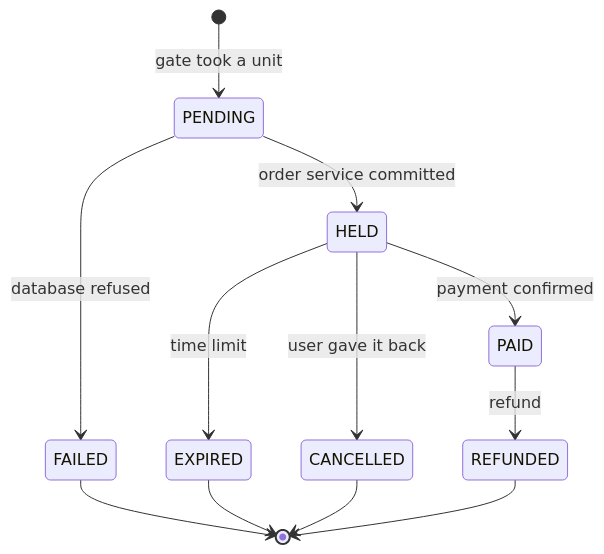
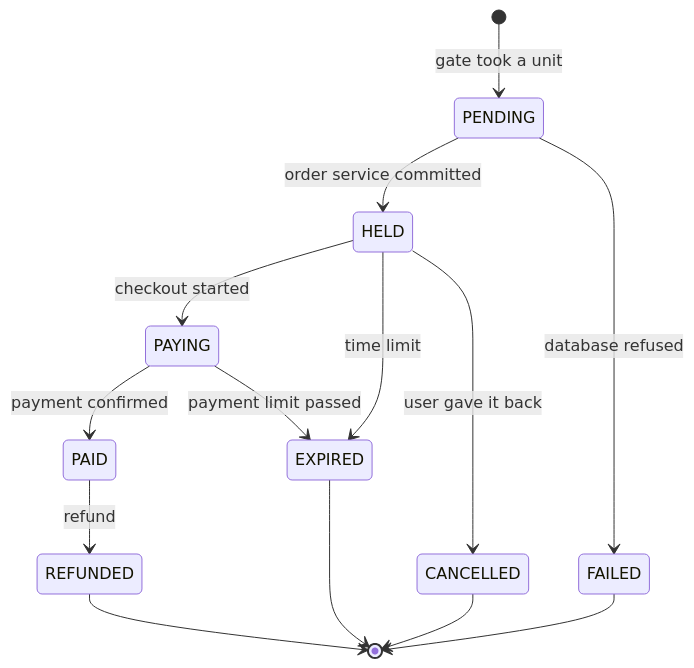
Before and after one commit to chaandharaghav/dsa-interview-guide: the second of 2 diagrams in kb/hld/case-studies/24-ecommerce-flash-sale.md, drawn with Mermaid. The commit also changed other lines of this file and 1 other file, not shown here.

````diff
--- a/kb/hld/case-studies/24-ecommerce-flash-sale.md
+++ b/kb/hld/case-studies/24-ecommerce-flash-sale.md
@@ -528,14 +529,16 @@
 ```mermaid
 stateDiagram-v2
     [*] --> PENDING : gate took a unit
     PENDING --> HELD : order service committed
     PENDING --> FAILED : database refused
-    HELD --> PAID : payment confirmed
+    HELD --> PAYING : checkout started
     HELD --> EXPIRED : time limit
     HELD --> CANCELLED : user gave it back
+    PAYING --> PAID : payment confirmed
+    PAYING --> EXPIRED : payment limit passed
     PAID --> REFUNDED : refund
     FAILED --> [*]
     EXPIRED --> [*]
     CANCELLED --> [*]
     REFUNDED --> [*]
 ```
````
